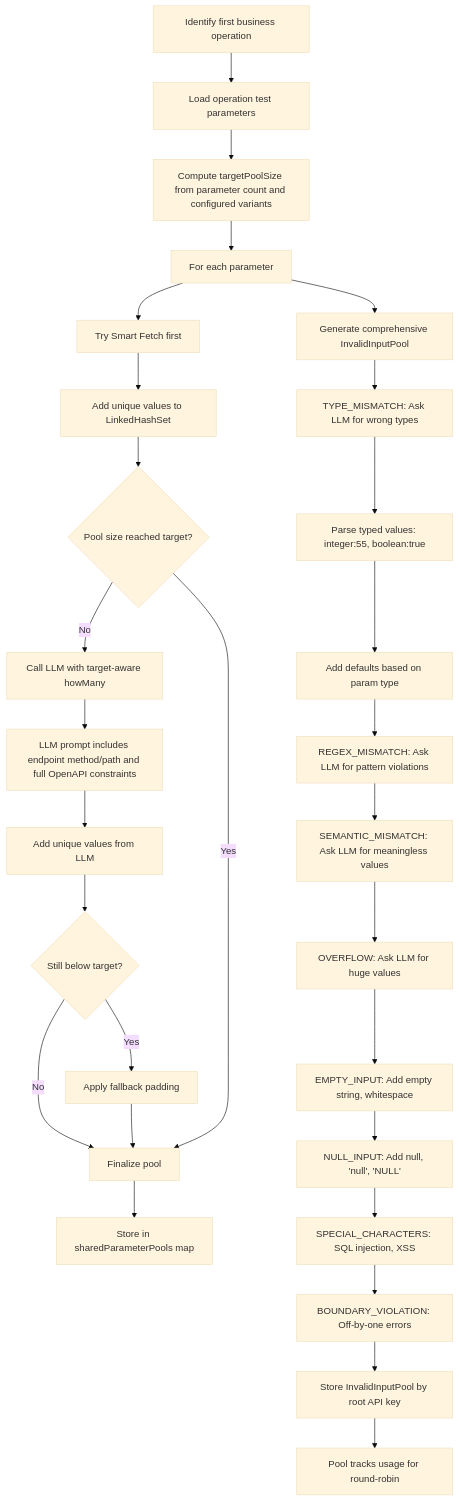
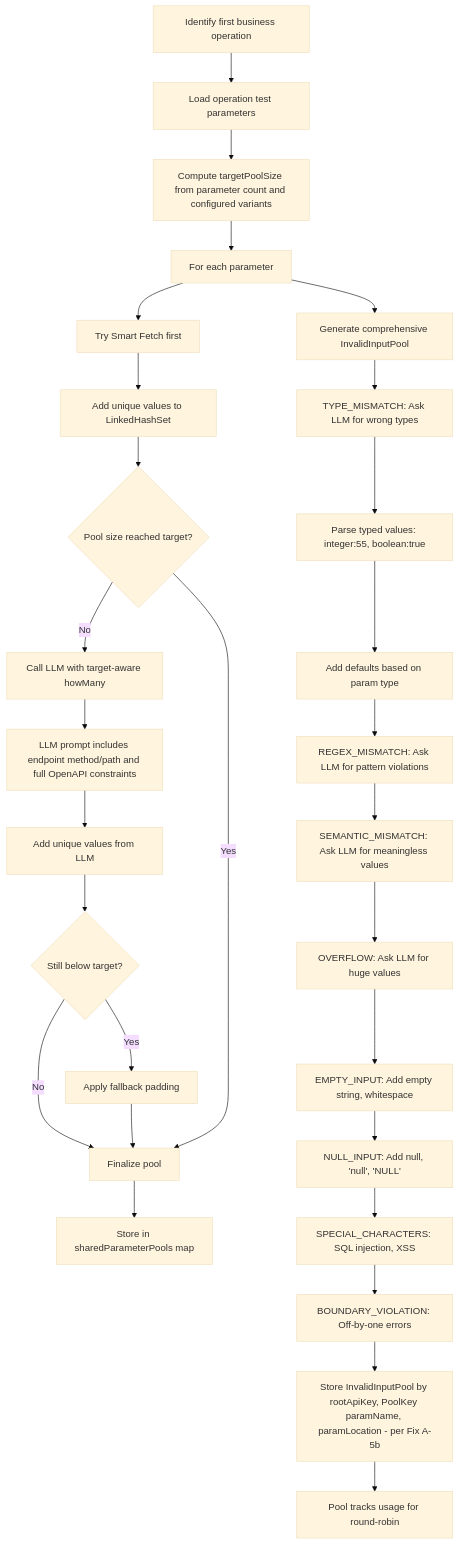
Before and after one commit to miaoti/Rest: the tenth of 30 diagrams in mist-restest-adapter/src/main/resources/My-Example/trainticket/flow.md, drawn with Mermaid (base theme). The commit also changed other lines of this file and 7 other files, not shown here.

````diff
--- a/mist-restest-adapter/src/main/resources/My-Example/trainticket/flow.md
+++ b/mist-restest-adapter/src/main/resources/My-Example/trainticket/flow.md
@@ -503,32 +518,32 @@
 ```mermaid
 flowchart TD
     A[Identify first business operation] --> B[Load operation test parameters]
     B --> B1[Compute targetPoolSize from parameter count and configured variants]
     B1 --> C[For each parameter]
     C --> D[Try Smart Fetch first]
     D --> E[Add unique values to LinkedHashSet]
     E --> F{Pool size reached target?}
     F -->|No| G[Call LLM with target-aware howMany]
     G --> H[LLM prompt includes endpoint method/path and full OpenAPI constraints]
     H --> I[Add unique values from LLM]
     I --> J{Still below target?}
     J -->|Yes| K[Apply fallback padding]
     J -->|No| L[Finalize pool]
     K --> L
     F -->|Yes| L
     L --> G1[Store in sharedParameterPools map]
     
     C --> N0[Generate comprehensive InvalidInputPool]
     N0 --> N1[TYPE_MISMATCH: Ask LLM for wrong types]
     N1 --> N2[Parse typed values: integer:55, boolean:true]
     N2 --> N3[Add defaults based on param type]
     N3 --> N4[REGEX_MISMATCH: Ask LLM for pattern violations]
     N4 --> N5[SEMANTIC_MISMATCH: Ask LLM for meaningless values]
     N5 --> N6[OVERFLOW: Ask LLM for huge values]
     N6 --> N7[EMPTY_INPUT: Add empty string, whitespace]
     N7 --> N8[NULL_INPUT: Add null, 'null', 'NULL']
     N8 --> N9[SPECIAL_CHARACTERS: SQL injection, XSS]
     N9 --> N10[BOUNDARY_VIOLATION: Off-by-one errors]
-    N10 --> N11[Store InvalidInputPool by root API key]
+    N10 --> N11[Store InvalidInputPool by rootApiKey, PoolKey paramName, paramLocation - per Fix A-5b]
     N11 --> N12[Pool tracks usage for round-robin]
 ```
````
